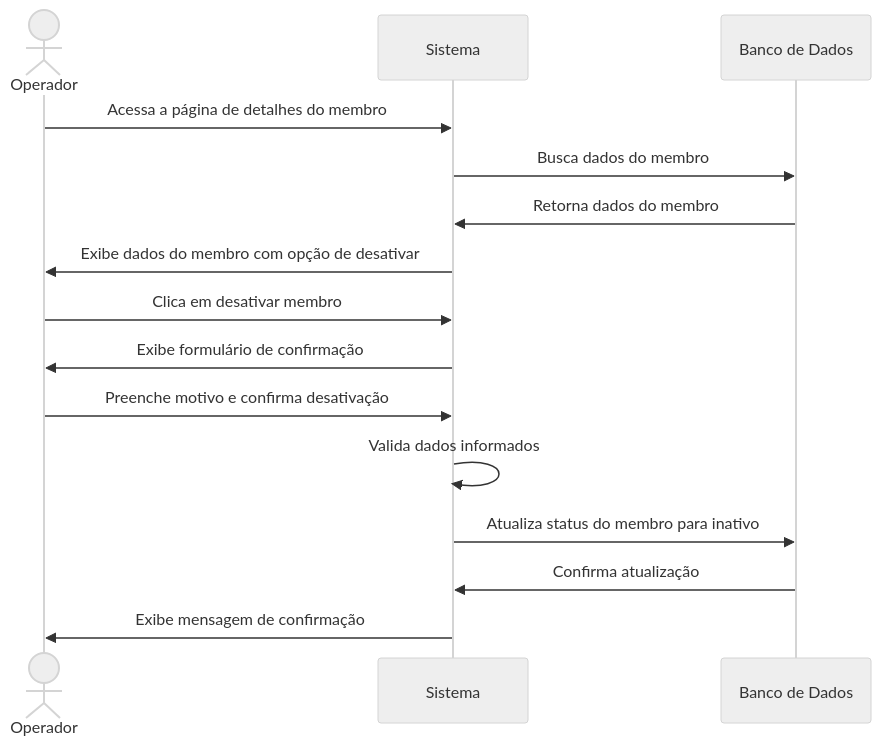
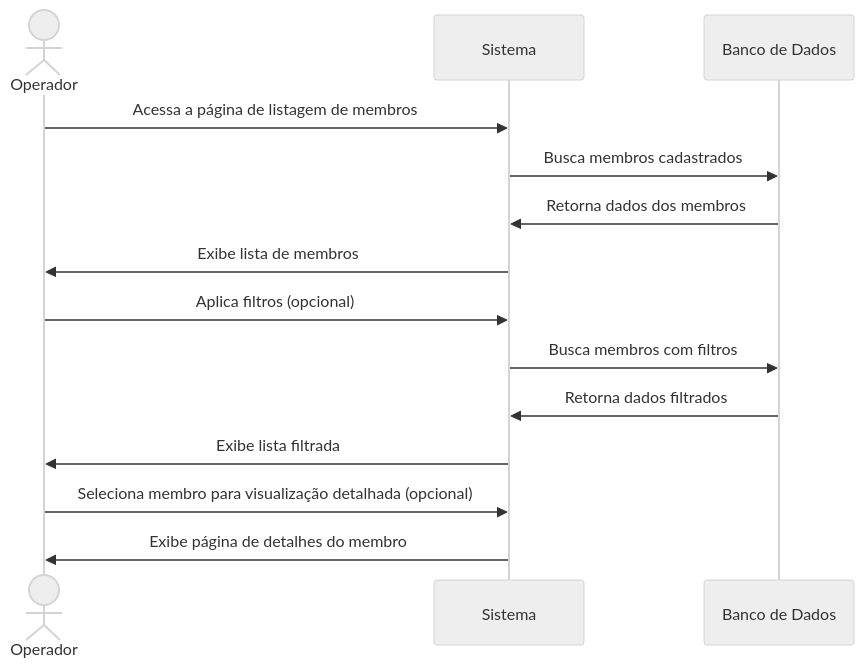
One commit to Bomsalvez/quilombo-docs changed the first of 2 diagrams in Writerside/topics/RF08.md. Above: the diagram before and after it, drawn with Mermaid (neutral theme). The commit also changed other lines of this file and 34 other files, not shown here.

````diff
--- a/Writerside/topics/RF08.md
+++ b/Writerside/topics/RF08.md
@@ -35,18 +35,17 @@
 ```mermaid
 sequenceDiagram
     actor O as Operador
     participant S as Sistema
     participant BD as Banco de Dados
     
-    O->>S: Acessa a página de detalhes do membro
-    S->>BD: Busca dados do membro
-    BD->>S: Retorna dados do membro
-    S->>O: Exibe dados do membro com opção de desativar
-    O->>S: Clica em desativar membro
-    S->>O: Exibe formulário de confirmação
-    O->>S: Preenche motivo e confirma desativação
-    S->>S: Valida dados informados
-    S->>BD: Atualiza status do membro para inativo
-    BD->>S: Confirma atualização
-    S->>O: Exibe mensagem de confirmação
+    O->>S: Acessa a página de listagem de membros
+    S->>BD: Busca membros cadastrados
+    BD->>S: Retorna dados dos membros
+    S->>O: Exibe lista de membros
+    O->>S: Aplica filtros (opcional)
+    S->>BD: Busca membros com filtros
+    BD->>S: Retorna dados filtrados
+    S->>O: Exibe lista filtrada
+    O->>S: Seleciona membro para visualização detalhada (opcional)
+    S->>O: Exibe página de detalhes do membro
 ```
````
